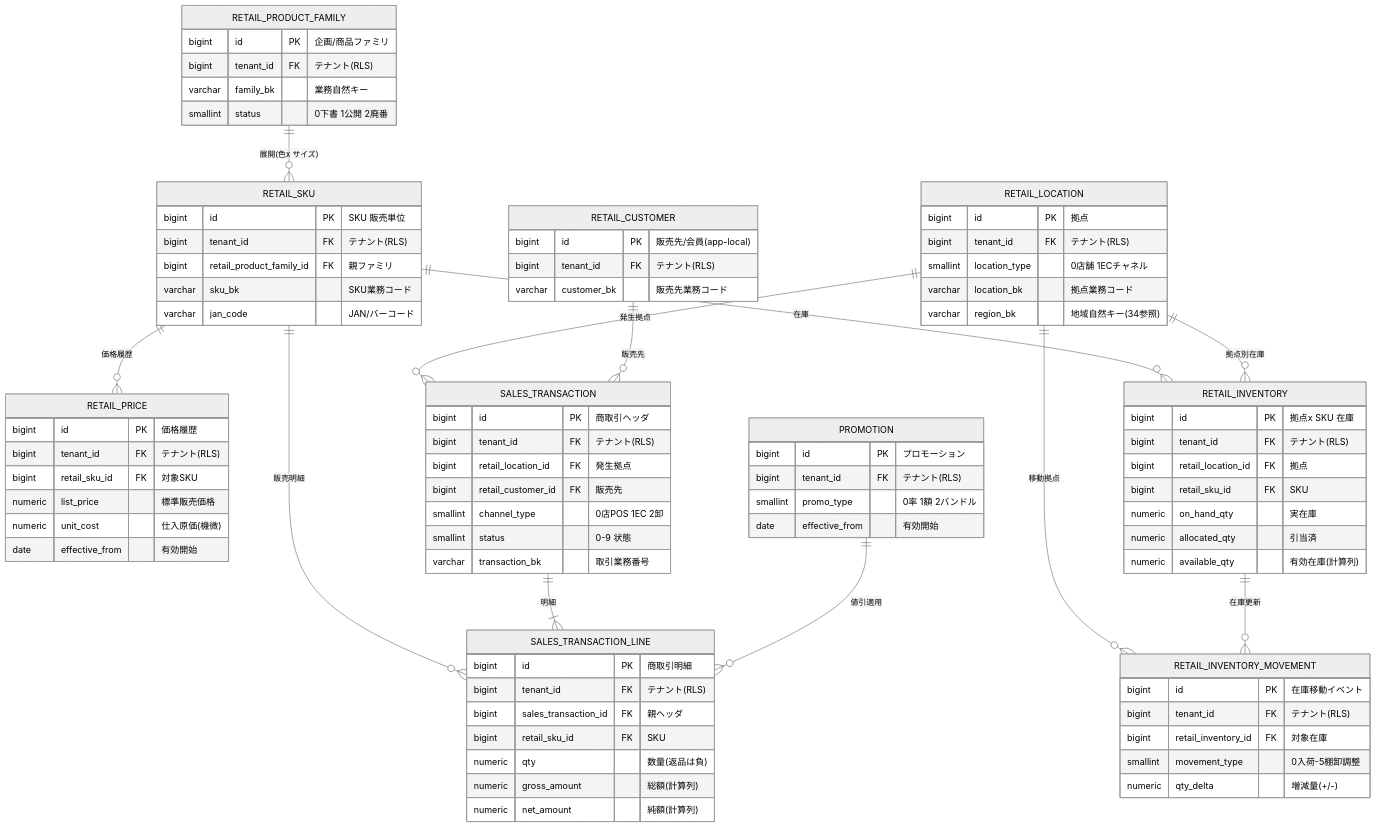
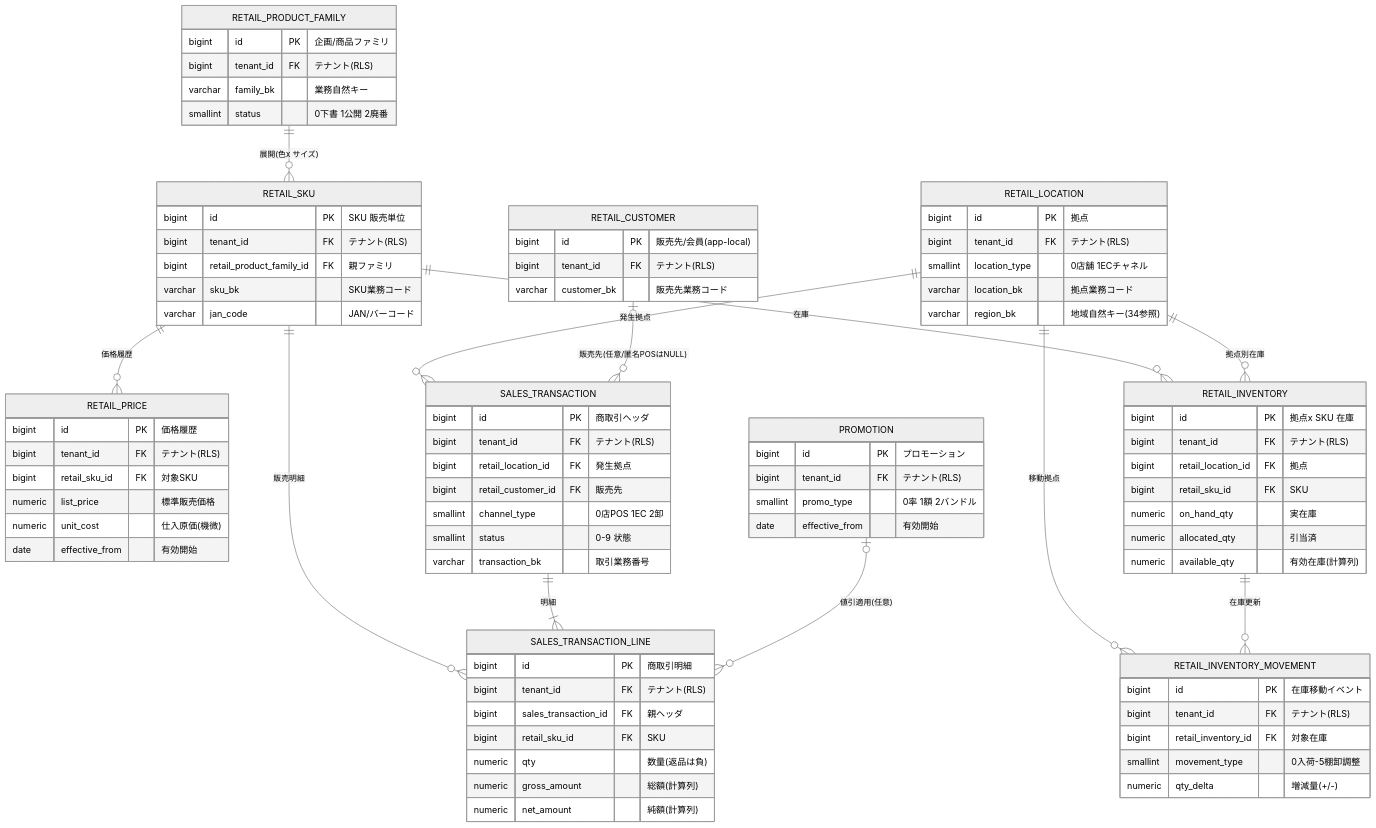
The first of 3 diagrams in docs/platform-design/database-design/31-oltp-retail-schema.md (TSUNAGUBA/akebono-honshu), drawn with Mermaid (neutral theme) before and after one commit. The commit also changed other lines of this file and 30 other files, not shown here.

```diff
--- a/docs/platform-design/database-design/31-oltp-retail-schema.md
+++ b/docs/platform-design/database-design/31-oltp-retail-schema.md
@@ -77,8 +77,8 @@
     RETAIL_LOCATION ||--o{ RETAIL_INVENTORY : "拠点別在庫"
     RETAIL_LOCATION ||--o{ RETAIL_INVENTORY_MOVEMENT : "移動拠点"
     SALES_TRANSACTION ||--|{ SALES_TRANSACTION_LINE : "明細"
-    RETAIL_CUSTOMER ||--o{ SALES_TRANSACTION : "販売先"
-    PROMOTION ||--o{ SALES_TRANSACTION_LINE : "値引適用"
+    RETAIL_CUSTOMER |o--o{ SALES_TRANSACTION : "販売先(任意/匿名POSはNULL)"
+    PROMOTION |o--o{ SALES_TRANSACTION_LINE : "値引適用(任意)"
     RETAIL_INVENTORY ||--o{ RETAIL_INVENTORY_MOVEMENT : "在庫更新"
 
     RETAIL_PRODUCT_FAMILY {
```
